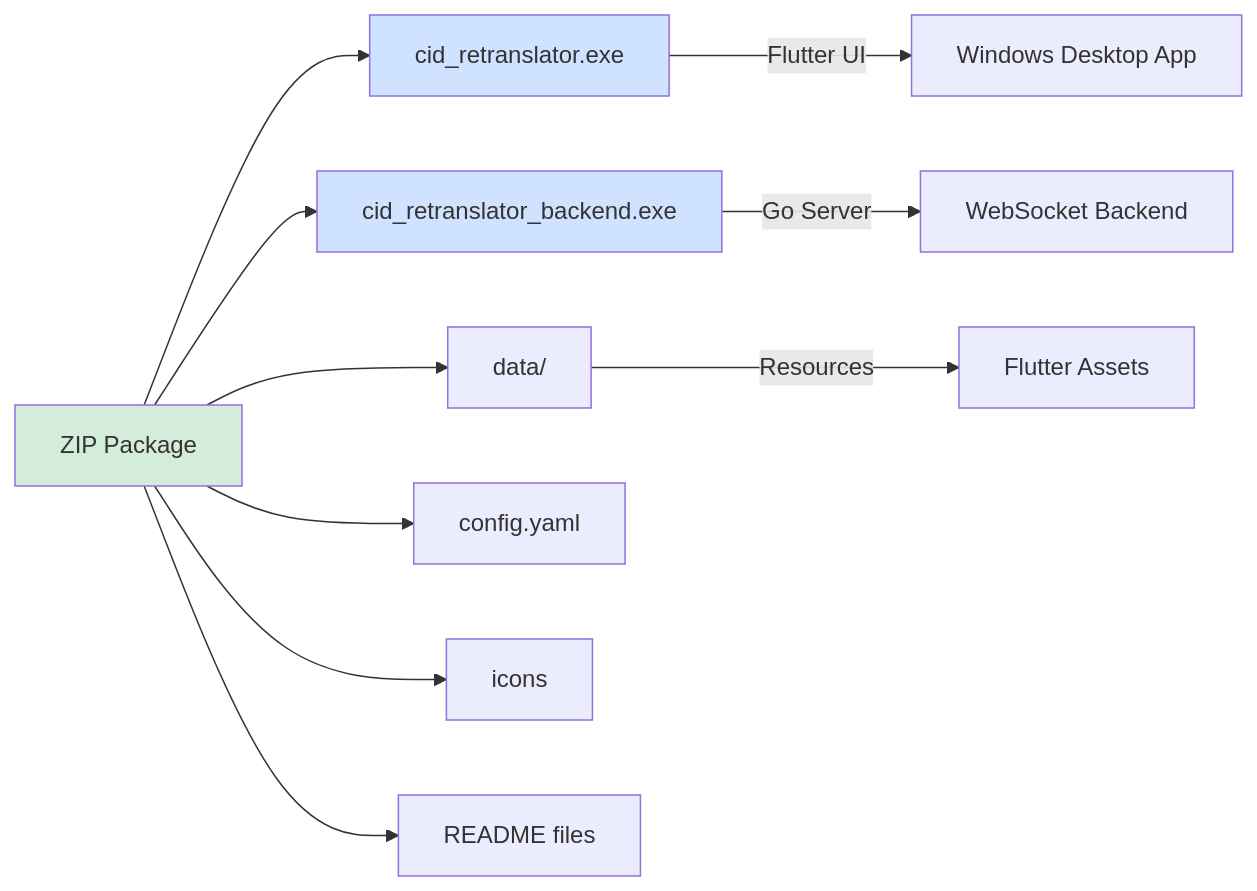
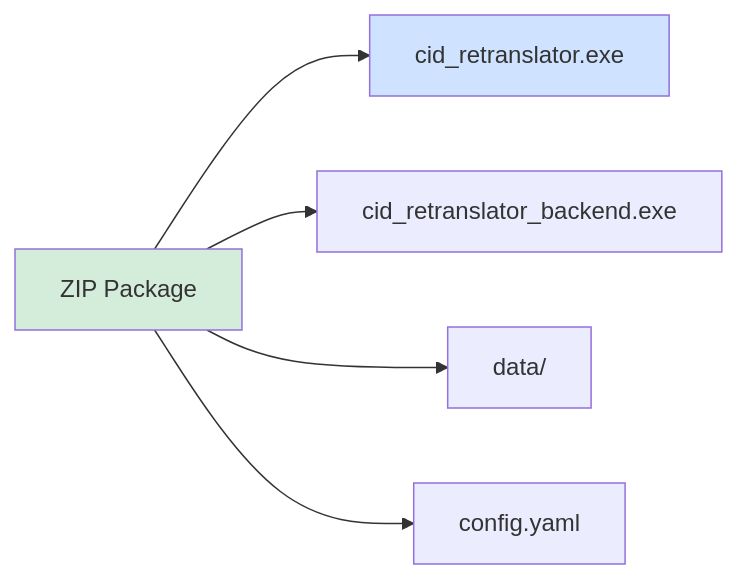
The second of 5 diagrams in .github/WORKFLOW_DIAGRAMS.md (dreikk91/cid_retranslator_flutter), drawn with Mermaid before and after one commit. The commit also changed other lines of this file and 5 other files, not shown here.

````diff
--- a/.github/WORKFLOW_DIAGRAMS.md
+++ b/.github/WORKFLOW_DIAGRAMS.md
@@ -47,17 +40,10 @@
 ```mermaid
 graph LR
     A[ZIP Package] --> B[cid_retranslator.exe]
     A --> C[cid_retranslator_backend.exe]
     A --> D[data/]
     A --> E[config.yaml]
-    A --> F[icons]
-    A --> G[README files]
-    
-    B -->|Flutter UI| B1[Windows Desktop App]
-    C -->|Go Server| C1[WebSocket Backend]
-    D -->|Resources| D1[Flutter Assets]
     
     style A fill:#d4edda
     style B fill:#cfe2ff
-    style C fill:#cfe2ff
 ```
````
